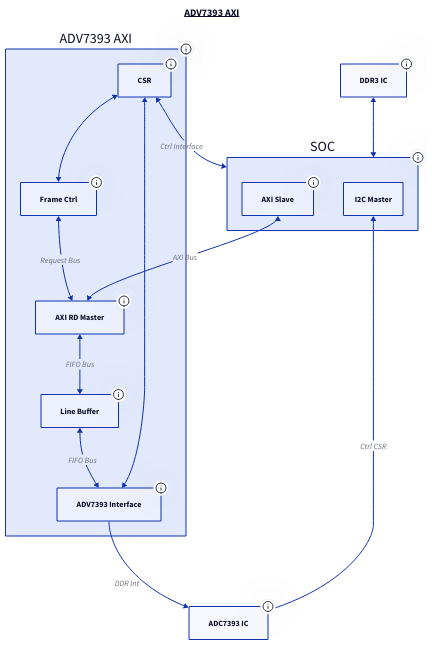
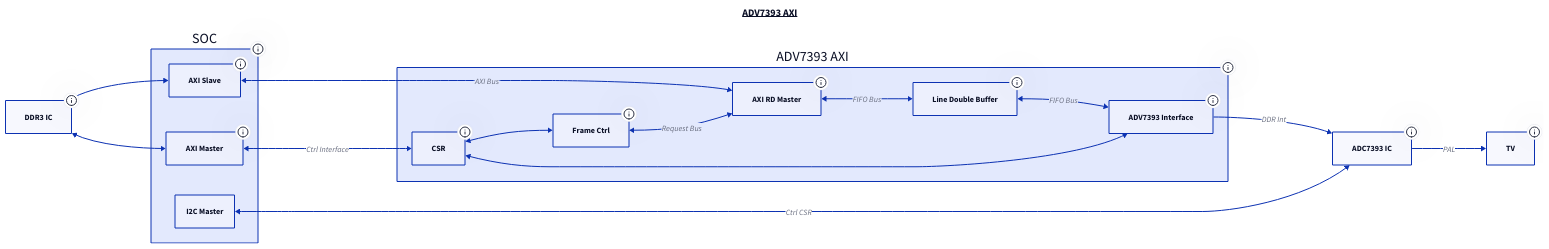
The diagram in doc/ADV7393.d2 (nova-labs-tech/adv7393_axi), drawn with D2 before and after one commit. The commit also changed other lines of this file and 1 other file, not shown here.

```diff
--- a/doc/ADV7393.d2
+++ b/doc/ADV7393.d2
@@ -1,38 +1,43 @@
+direction: right
 title: ADV7393 AXI {
   near: top-center
   shape: text
   style: {
     font-size: 20
     bold: true
     underline: true
   }
 }
 G0: SOC {
   tooltip: Софт процессор
-  U0: AXI Slave { tooltip: Ведомый на шине для подключения к ресурсам SOC }
-  U1: I2C Master 
+  U0: AXI Slave {tooltip: Ведомый на шине для подключения к ресурсам SOC}
+  U2: AXI Master {tooltip: Ведущий на шине AXI}
+  U1: I2C Master
 }
 
 G1: ADV7393 AXI {
   tooltip: Контроллер ИМС ADV7393 с поддержкой DMA
-  U0 : AXI RD Master { tooltip: Мастер чтения на шине AXI } 
-  U1 : Line Buffer { tooltip: Буфер строки - DCFIFO }
-  U2 : Frame Ctrl { tooltip: Контроллер фрейма. Обеспечивает логику Double Frame Buffer }
-  U3 : ADV7393 Interface { tooltip: Формирователь интерфейса ADV7393 }
-  U4 : CSR { tooltip: Регистры контроля и статуса }
+  U0: AXI RD Master {tooltip: Мастер чтения на шине AXI}
+  U1: Line Double Buffer {tooltip: Буфер строки - DCFIFO}
+  U2: Frame Ctrl {tooltip: Контроллер фрейма. Обеспечивает логику Double Frame Buffer}
+  U3: ADV7393 Interface {tooltip: Формирователь интерфейса ADV7393}
+  U4: CSR {tooltip: Регистры контроля и статуса}
 
-  U0 <-> U1 : FIFO Bus
-  U1 <-> U3 : FIFO Bus
-  U2 <-> U0 : Request Bus
-  U4 <-> U2  
-  U4 <-> U3  
+  U0 <-> U1: FIFO Bus
+  U1 <-> U3: FIFO Bus
+  U2 <-> U0: Request Bus
+  U4 <-> U2
+  U4 <-> U3
 }
 
 G2: ADC7393 IC {tooltip: ИМС Кодера}
-G3: DDR3 IC { tooltip: ИМС DDR3 } 
+G3: DDR3 IC {tooltip: ИМС DDR3}
+G4: TV {tooltip: Телевизор}
 
-G1.U4 <-> G0 : Ctrl Interface
-G0.U0 <-> G1.U0 : AXI Bus
-G1.U3 -> G2 : DDR Int
-G0.U1 <-> G2 : Ctrl CSR
-G3 <-> G0
+G0.U0 <-> G1.U0: AXI Bus
+G1.U3 -> G2: DDR Int
+G0.U1 <-> G2: Ctrl CSR
+G3 <-> G0.U0
+G3 <-> G0.U2
+G0.U2 <-> G1.U4: Ctrl Interface
+G2 -> G4: PAL
```
